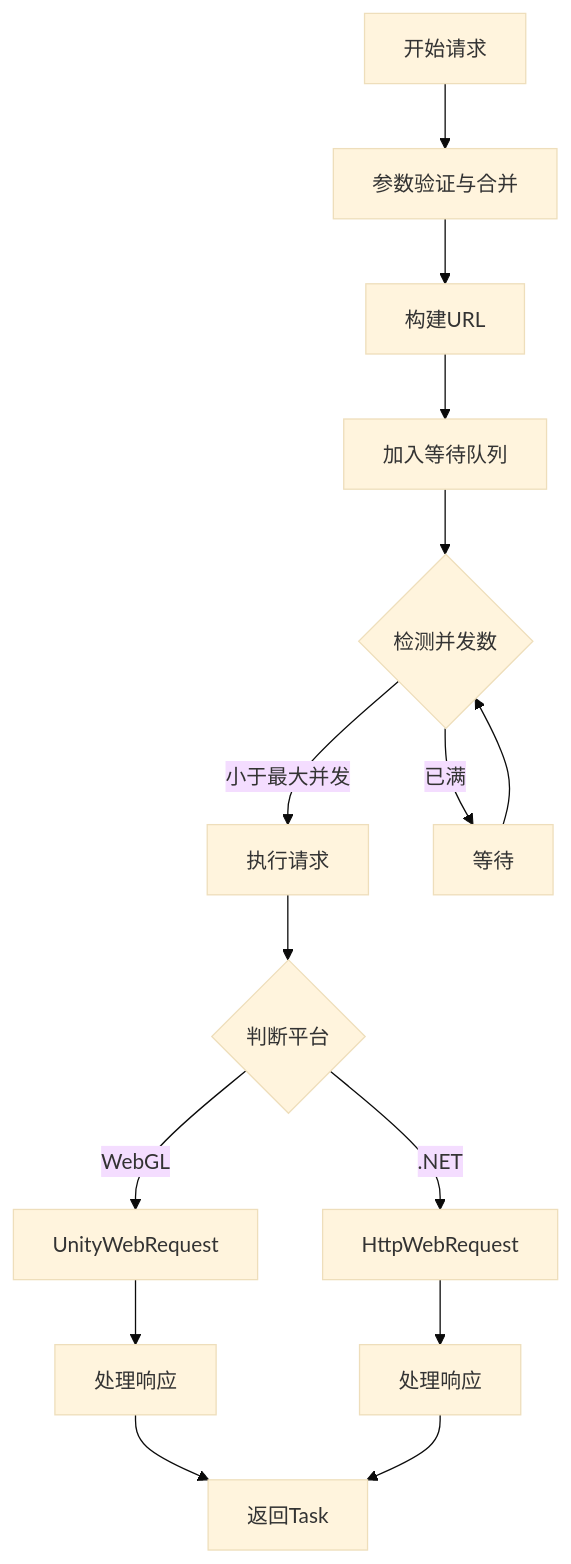
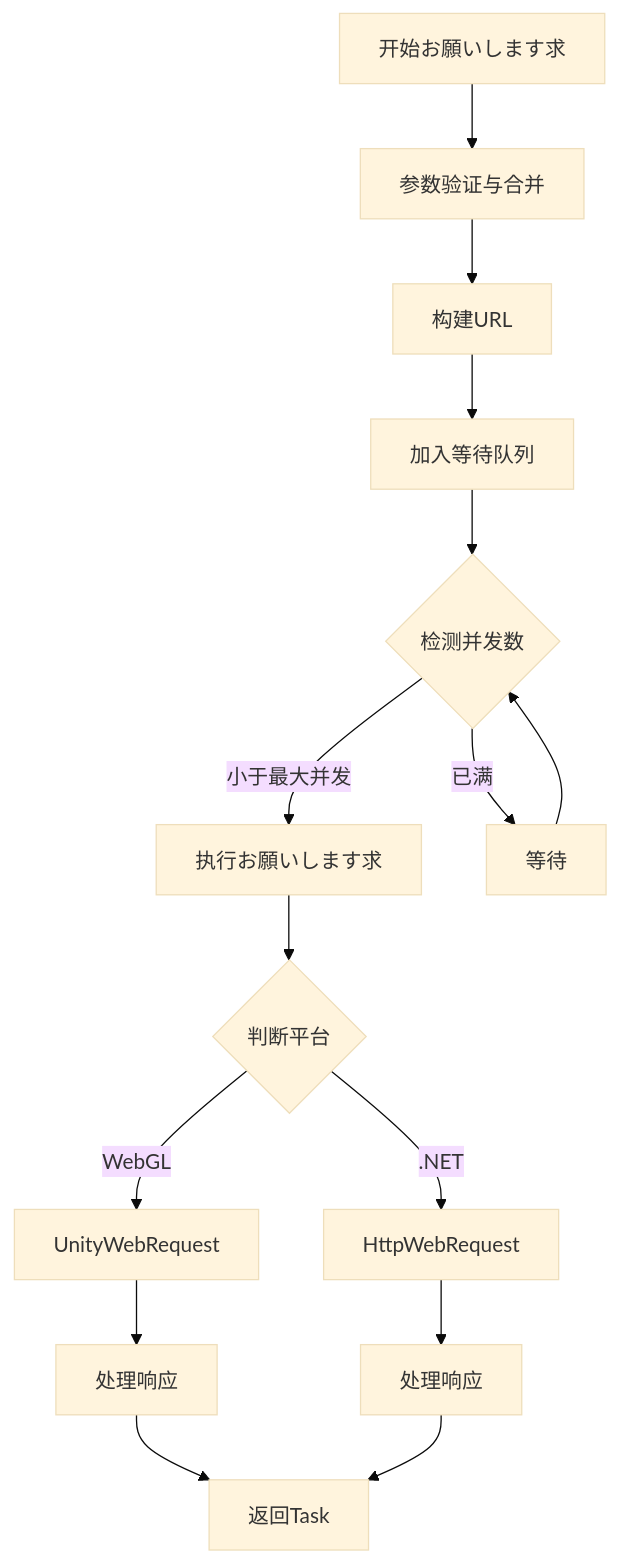
Before and after one commit to AlianBlank/GameFrameX.Docs: the second of 2 diagrams in docs/ja/client/unity/component/web/04.iwebmanager-interface.md, drawn with Mermaid (base theme). The commit also changed other lines of this file and 603 other files, not shown here.

````diff
--- a/docs/ja/client/unity/component/web/04.iwebmanager-interface.md
+++ b/docs/ja/client/unity/component/web/04.iwebmanager-interface.md
@@ -65,17 +65,17 @@
 ```mermaid
 flowchart TD
-    Start[开始请求] --> Validate[参数验证与合并]
+    Start[开始お願いします求] --> Validate[参数验证与合并]
     Validate --> UrlBuild[构建URL]
     UrlBuild --> Queue[加入等待队列]
     Queue --> Check{检测并发数}
-    Check -->|小于最大并发| Execute[执行请求]
+    Check -->|小于最大并发| Execute[执行お願いします求]
     Check -->|已满| Wait[等待]
     Execute --> Platform{判断平台}
     Platform -->|WebGL| WebGL[UnityWebRequest]
     Platform -->|.NET| DotNet[HttpWebRequest]
     WebGL --> Response1[处理响应]
     DotNet --> Response2[处理响应]
     Response1 --> Complete[返回Task]
     Response2 --> Complete
     Wait --> Check
 ```
````
